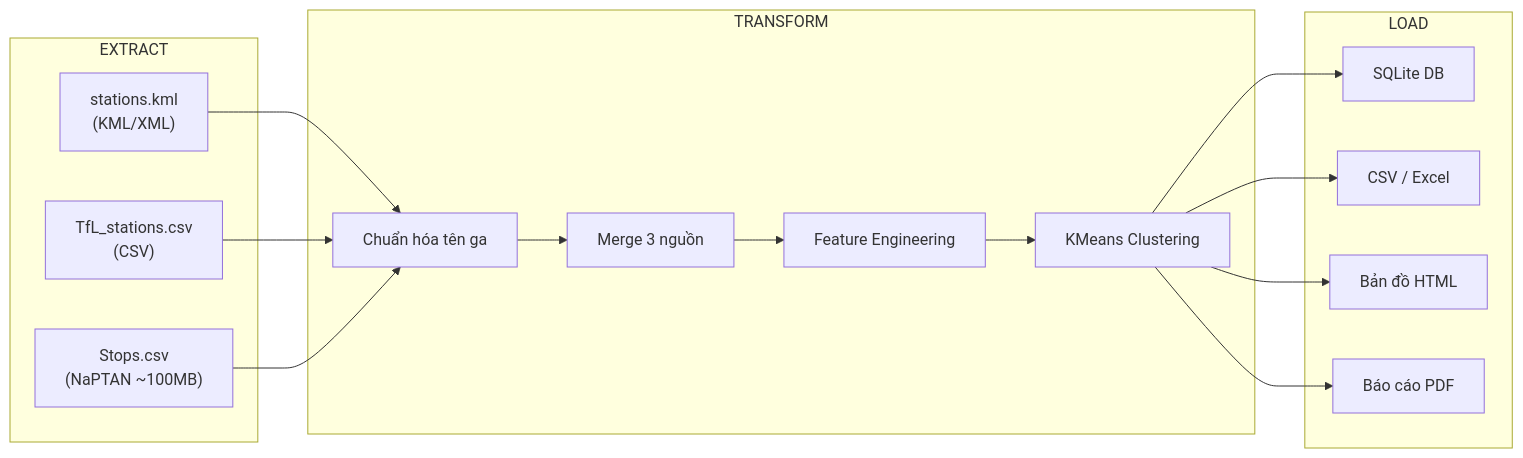
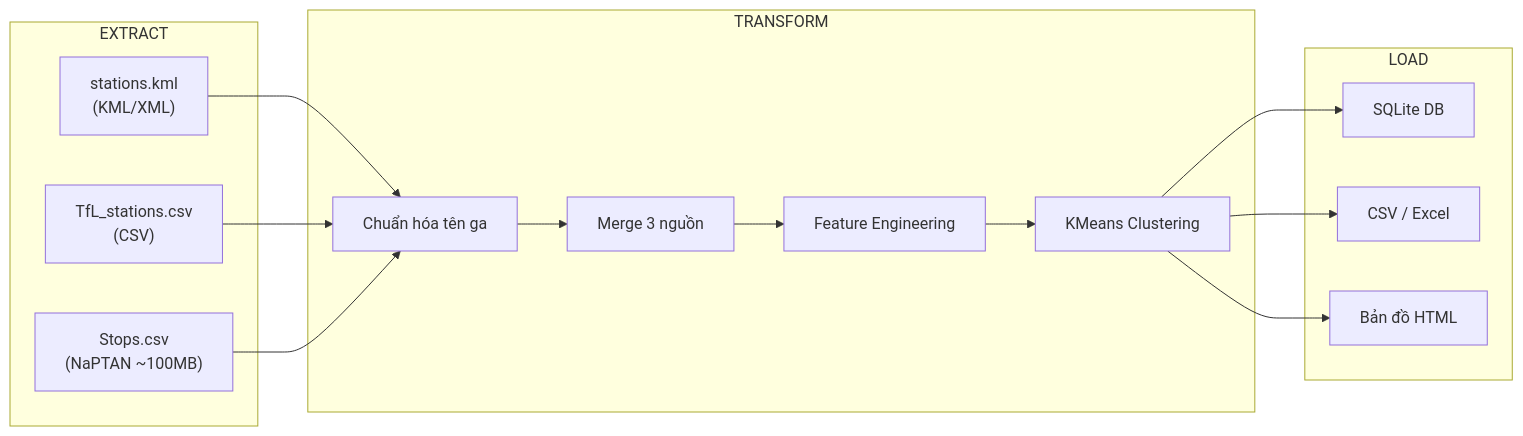
Before and after one commit to thuyetdt05/Transport-for-London: the diagram in tong_hop_ky_thuat.md, drawn with Mermaid. The commit also changed other lines of this file and 1 other file, not shown here.

Commit message:
Expand Chapter 5 with academic details and remove PDF report files/code references

````diff
--- a/tong_hop_ky_thuat.md
+++ b/tong_hop_ky_thuat.md
@@ -11,25 +11,24 @@
 ```mermaid
 flowchart LR
     subgraph EXTRACT
         A1["stations.kml\n(KML/XML)"]
         A2["TfL_stations.csv\n(CSV)"]
         A3["Stops.csv\n(NaPTAN ~100MB)"]
     end
     subgraph TRANSFORM
         B1["Chuẩn hóa tên ga"]
         B2["Merge 3 nguồn"]
         B3["Feature Engineering"]
         B4["KMeans Clustering"]
     end
     subgraph LOAD
         C1["SQLite DB"]
         C2["CSV / Excel"]
         C3["Bản đồ HTML"]
-        C4["Báo cáo PDF"]
     end
     A1 --> B1
     A2 --> B1
     A3 --> B1
     B1 --> B2 --> B3 --> B4
-    B4 --> C1 & C2 & C3 & C4
+    B4 --> C1 & C2 & C3
 ```
````
